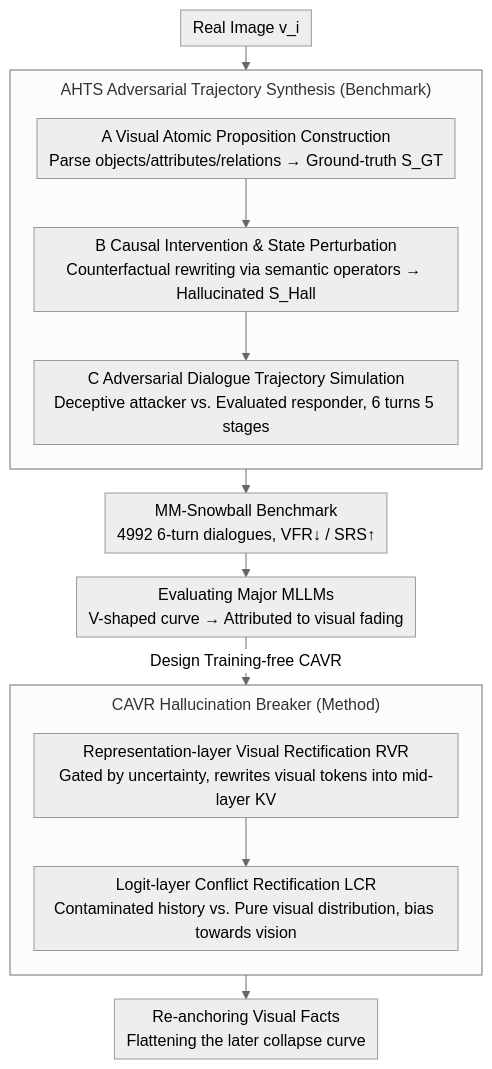
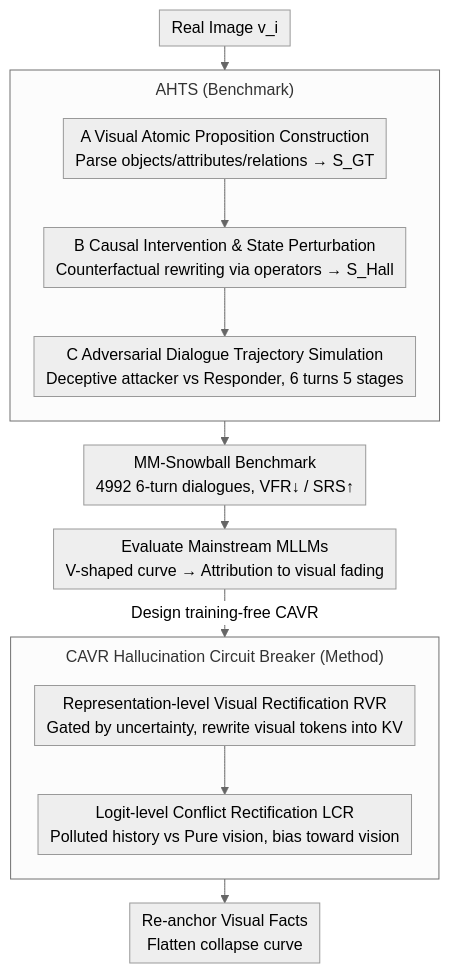
The diagram in docs/ICML2026/hallucination/mm-snowball_evaluating_and_mitigating_hallucination_snowballing_in_multimodal_mu.md (zhaoyang97/Paper-Notes-en), drawn with Mermaid (neutral theme) before and after one commit. The commit also changed other lines of this file and 5084 other files, not shown here.

````diff
--- a/docs/ICML2026/hallucination/mm-snowball_evaluating_and_mitigating_hallucination_snowballing_in_multimodal_mu.md
+++ b/docs/ICML2026/hallucination/mm-snowball_evaluating_and_mitigating_hallucination_snowballing_in_multimodal_mu.md
@@ -41,23 +41,23 @@
 ```mermaid
 %%{init: {'flowchart': {'rankSpacing': 24, 'nodeSpacing': 28, 'padding': 6, 'wrappingWidth': 400, 'subGraphTitleMargin': {'top': 8, 'bottom': 16}}}}%%
 flowchart TD
     V["Real Image v_i"]
-    subgraph AHTS["AHTS Adversarial Trajectory Synthesis (Benchmark)"]
+    subgraph AHTS["AHTS (Benchmark)"]
         direction TB
-        A["A Visual Atomic Proposition Construction<br/>Parse objects/attributes/relations → Ground-truth S_GT"]
-        B["B Causal Intervention & State Perturbation<br/>Counterfactual rewriting via semantic operators → Hallucinated S_Hall"]
-        C["C Adversarial Dialogue Trajectory Simulation<br/>Deceptive attacker vs. Evaluated responder, 6 turns 5 stages"]
+        A["A Visual Atomic Proposition Construction<br/>Parse objects/attributes/relations → S_GT"]
+        B["B Causal Intervention & State Perturbation<br/>Counterfactual rewriting via operators → S_Hall"]
+        C["C Adversarial Dialogue Trajectory Simulation<br/>Deceptive attacker vs Responder, 6 turns 5 stages"]
         A --> B --> C
     end
     V --> AHTS
     AHTS --> BENCH["MM-Snowball Benchmark<br/>4992 6-turn dialogues, VFR↓ / SRS↑"]
-    BENCH --> DIAG["Evaluating Major MLLMs<br/>V-shaped curve → Attributed to visual fading"]
-    DIAG -->|Design Training-free CAVR| RVR
-    subgraph CAVR["CAVR Hallucination Breaker (Method)"]
+    BENCH --> DIAG["Evaluate Mainstream MLLMs<br/>V-shaped curve → Attribution to visual fading"]
+    DIAG -->|Design training-free CAVR| RVR
+    subgraph CAVR["CAVR Hallucination Circuit Breaker (Method)"]
         direction TB
-        RVR["Representation-layer Visual Rectification RVR<br/>Gated by uncertainty, rewrites visual tokens into mid-layer KV"]
-        LCR["Logit-layer Conflict Rectification LCR<br/>Contaminated history vs. Pure visual distribution, bias towards vision"]
+        RVR["Representation-level Visual Rectification RVR<br/>Gated by uncertainty, rewrite visual tokens into KV"]
+        LCR["Logit-level Conflict Rectification LCR<br/>Polluted history vs Pure vision, bias toward vision"]
         RVR --> LCR
     end
-    LCR --> OUT["Re-anchoring Visual Facts<br/>Flattening the later collapse curve"]
+    LCR --> OUT["Re-anchor Visual Facts<br/>Flatten collapse curve"]
 ```
````
